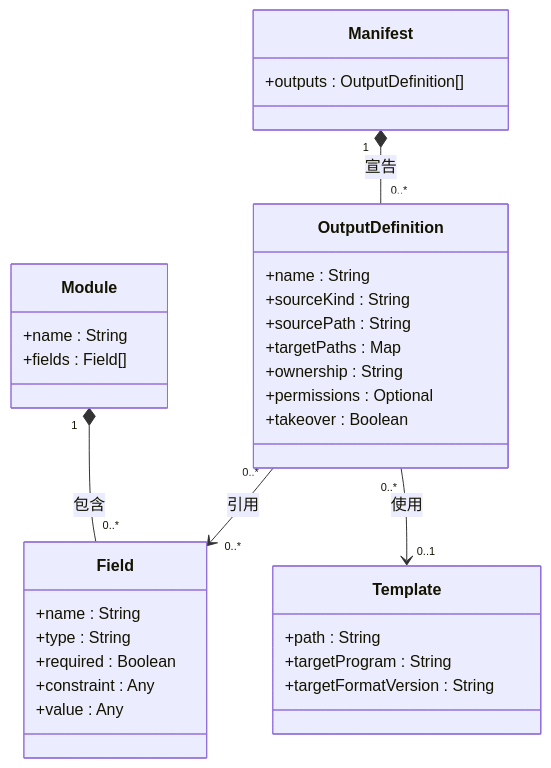
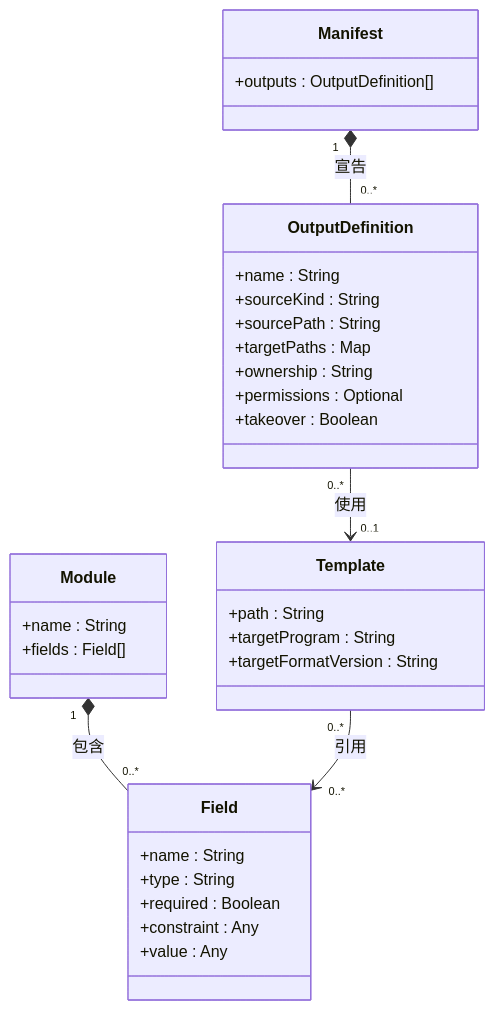
One commit to accidental-two-timer-sam-woof/rosamta-waterfall changed the first of 10 diagrams in docs/03-preliminary-design/uml.md. Above: the diagram before and after it, drawn with Mermaid. The commit also changed other lines of this file, not shown here.

Commit message:
docs: clarify C1 member types and template field references

````diff
--- a/docs/03-preliminary-design/uml.md
+++ b/docs/03-preliminary-design/uml.md
@@ -5,36 +5,36 @@
 ```mermaid
 classDiagram
     direction TB
     class Manifest {
         +outputs : OutputDefinition[]
     }
     class OutputDefinition {
         +name : String
         +sourceKind : String
         +sourcePath : String
         +targetPaths : Map
         +ownership : String
         +permissions : Optional
         +takeover : Boolean
     }
     class Module {
         +name : String
         +fields : Field[]
     }
     class Field {
         +name : String
         +type : String
         +required : Boolean
         +constraint : Any
         +value : Any
     }
     class Template {
         +path : String
         +targetProgram : String
         +targetFormatVersion : String
     }
     Manifest "1" *-- "0..*" OutputDefinition : 宣告
     Module "1" *-- "0..*" Field : 包含
-    OutputDefinition "0..*" --> "0..*" Field : 引用
+    Template "0..*" --> "0..*" Field : 引用
     OutputDefinition "0..*" --> "0..1" Template : 使用
 ```
````
